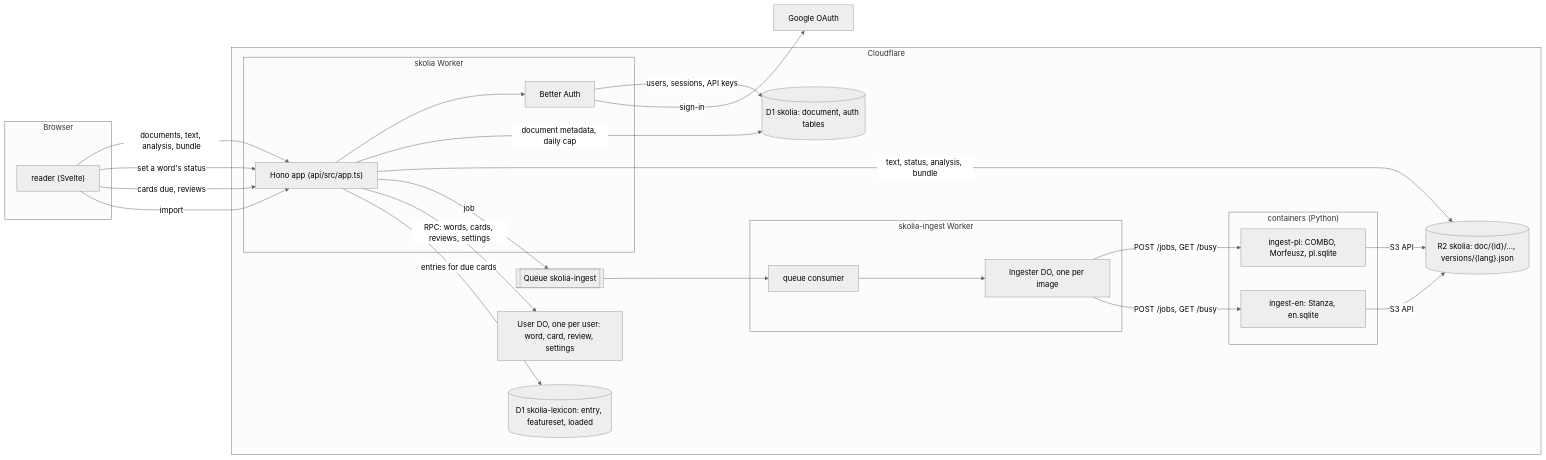
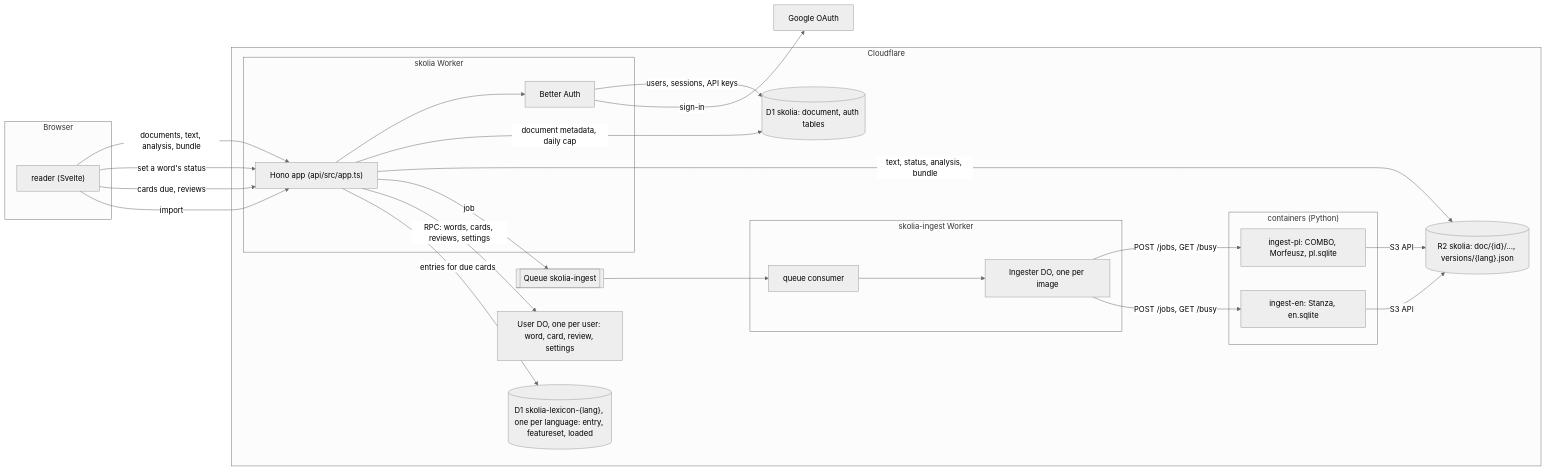
Before and after one commit to andyyu2004/skolia: the first of 2 diagrams in ARCHITECTURE.md, drawn with Mermaid (neutral theme). The commit also changed other lines of this file and 16 other files, not shown here.

First line of the commit message:
Each language's lexicon has its own D1 database, skolia-lexicon-{lang}, bound as LEXICON_{LANG}

````diff
--- a/ARCHITECTURE.md
+++ b/ARCHITECTURE.md
@@ -16,45 +16,45 @@
 ```mermaid
 flowchart LR
   subgraph Browser
     RD["reader (Svelte)"]
   end
   G["Google OAuth"]
   subgraph Cloudflare
     subgraph WEB["skolia Worker"]
       API["Hono app (api/src/app.ts)"]
       BA["Better Auth"]
     end
     UDO["User DO, one per user: word, card, review, settings"]
     DB[("D1 skolia: document, auth tables")]
-    LX[("D1 skolia-lexicon: entry, featureset, loaded")]
+    LX[("D1 skolia-lexicon-{lang}, one per language: entry, featureset, loaded")]
     R2[("R2 skolia: doc/{id}/..., versions/{lang}.json")]
     Q[["Queue skolia-ingest"]]
     subgraph INGW["skolia-ingest Worker"]
       CON["queue consumer"]
       IDO["Ingester DO, one per image"]
     end
     subgraph CTR["containers (Python)"]
       CPL["ingest-pl: COMBO, Morfeusz, pl.sqlite"]
       CEN["ingest-en: Stanza, en.sqlite"]
     end
   end
 
   RD -->|"documents, text, analysis, bundle"| API
   RD -->|"set a word's status"| API
   RD -->|"cards due, reviews"| API
   RD -->|"import"| API
   API --> BA
   BA -->|"users, sessions, API keys"| DB
   BA -->|"sign-in"| G
   API -->|"document metadata, daily cap"| DB
   API -->|"text, status, analysis, bundle"| R2
   API -->|"job"| Q
   API -->|"RPC: words, cards, reviews, settings"| UDO
   API -->|"entries for due cards"| LX
   Q --> CON
   CON --> IDO
   IDO -->|"POST /jobs, GET /busy"| CPL
   IDO -->|"POST /jobs, GET /busy"| CEN
   CPL -->|"S3 API"| R2
   CEN -->|"S3 API"| R2
 ```
````
